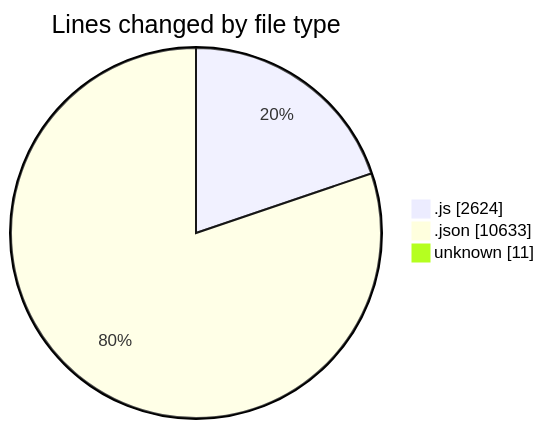
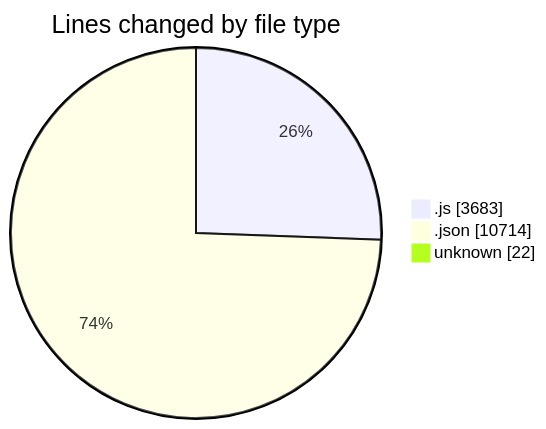
One commit to momahboobian/code-tracking changed the first of 2 diagrams in 2025-01-11/good-pr/README.md. Above: the diagram before and after it, drawn with Mermaid. The commit also changed other lines of this file and 1 other file, not shown here.

````diff
--- a/2025-01-11/good-pr/README.md
+++ b/2025-01-11/good-pr/README.md
@@ -41,7 +41,7 @@
 ```mermaid
 pie showData
 title Lines changed by file type
-".js" : 2624
-".json" : 10633
-"unknown" : 11
+".js" : 3683
+".json" : 10714
+"unknown" : 22
 ```
````
